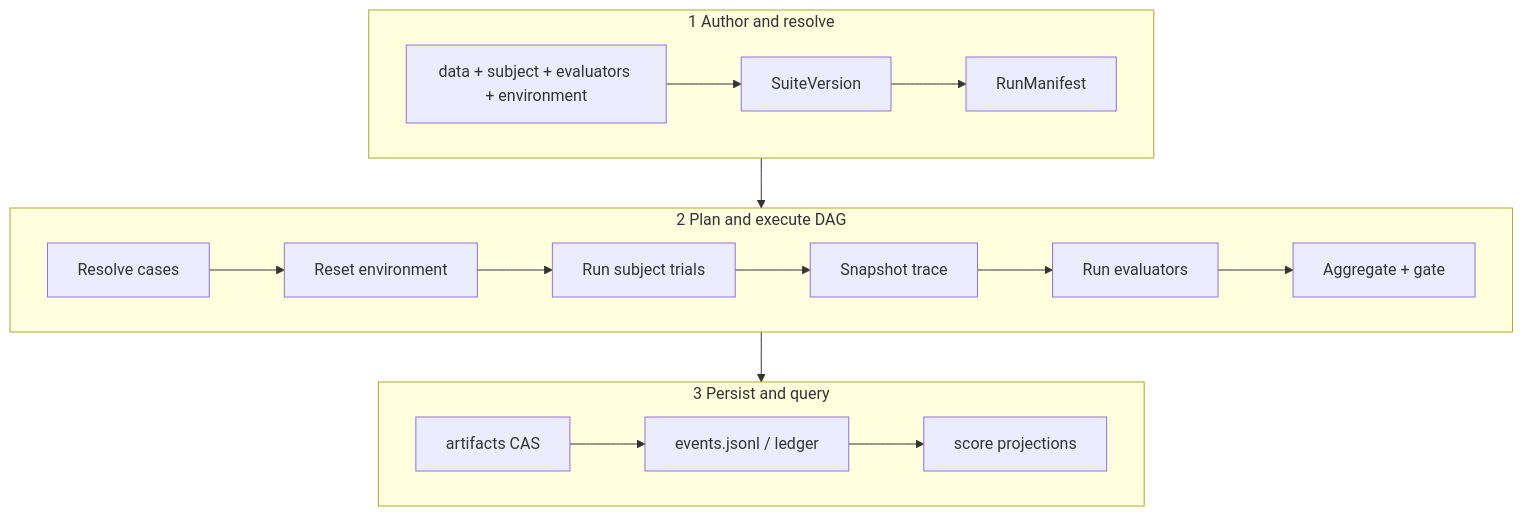
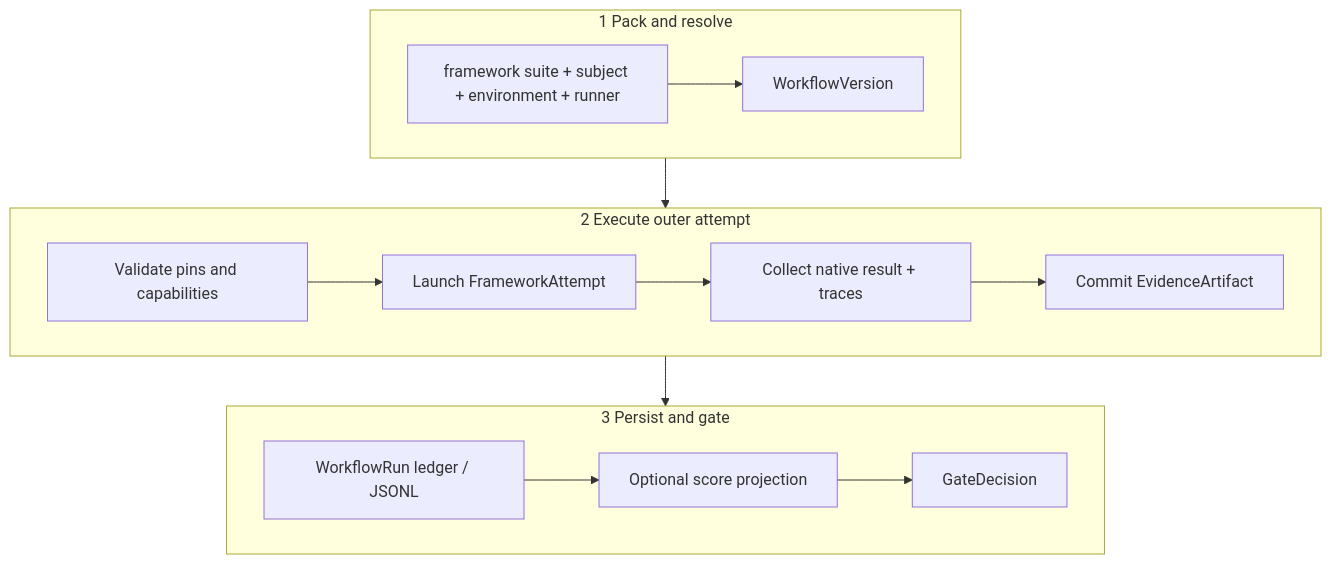
Before and after one commit to softprobe/document-website: the second of 8 diagrams in en/evaluation/how-it-works.md, drawn with Mermaid. The commit also changed other lines of this file and 57 other files, not shown here.

````diff
--- a/en/evaluation/how-it-works.md
+++ b/en/evaluation/how-it-works.md
@@ -37,26 +36,22 @@
 ```mermaid
 flowchart TB
-  subgraph phase1 [1 Author and resolve]
-    A1[data + subject + evaluators + environment]
-    A2[SuiteVersion]
-    A3[RunManifest]
-    A1 --> A2 --> A3
+  subgraph phase1 [1 Pack and resolve]
+    A1[framework suite + subject + environment + runner]
+    A2[WorkflowVersion]
+    A1 --> A2
   end
-  subgraph phase2 [2 Plan and execute DAG]
-    D1[Resolve cases]
-    D2[Reset environment]
-    D3[Run subject trials]
-    D4[Snapshot trace]
-    D5[Run evaluators]
-    D6[Aggregate + gate]
-    D1 --> D2 --> D3 --> D4 --> D5 --> D6
+  subgraph phase2 [2 Execute outer attempt]
+    D1[Validate pins and capabilities]
+    D2[Launch FrameworkAttempt]
+    D3[Collect native result + traces]
+    D4[Commit EvidenceArtifact]
+    D1 --> D2 --> D3 --> D4
   end
-  subgraph phase3 [3 Persist and query]
-    P1[events.jsonl / ledger]
-    P2[artifacts CAS]
-    P3[score projections]
-    P1 --> P3
-    P2 --> P1
+  subgraph phase3 [3 Persist and gate]
+    P1[WorkflowRun ledger / JSONL]
+    P2[Optional score projection]
+    P3[GateDecision]
+    P1 --> P2 --> P3
   end
   phase1 --> phase2 --> phase3
 ```
````
